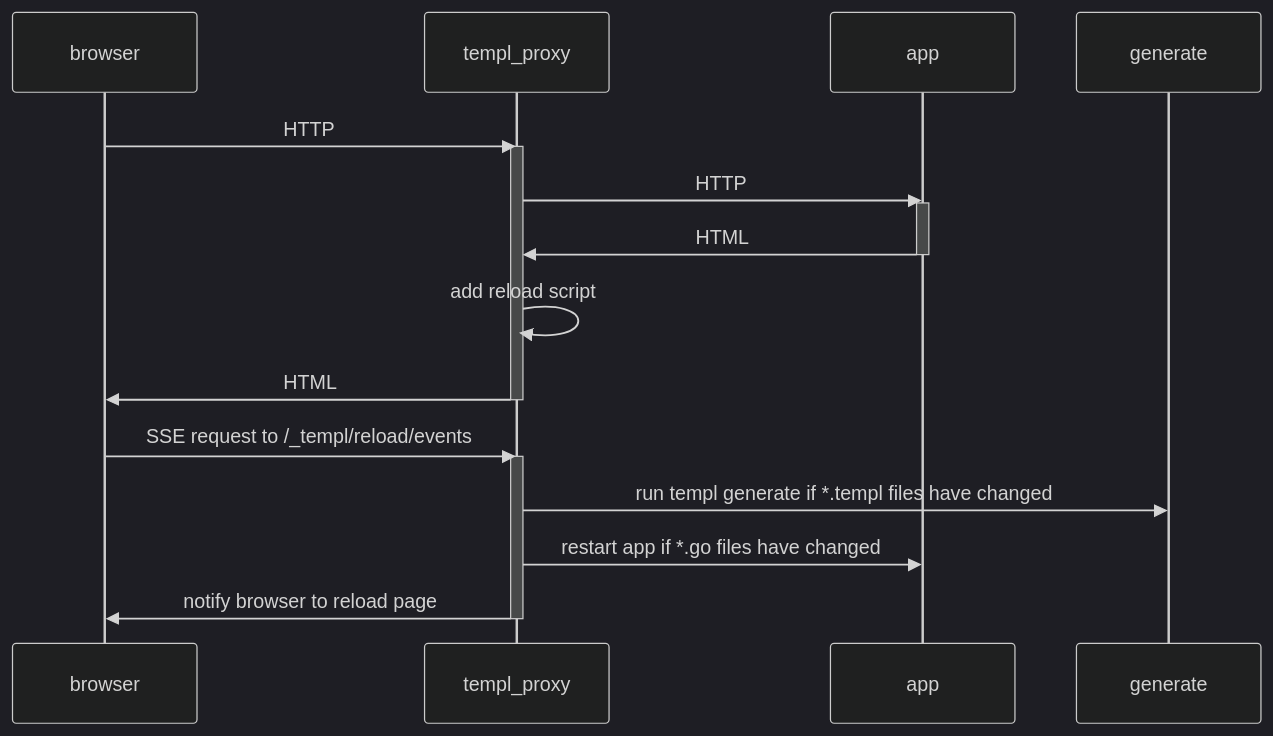
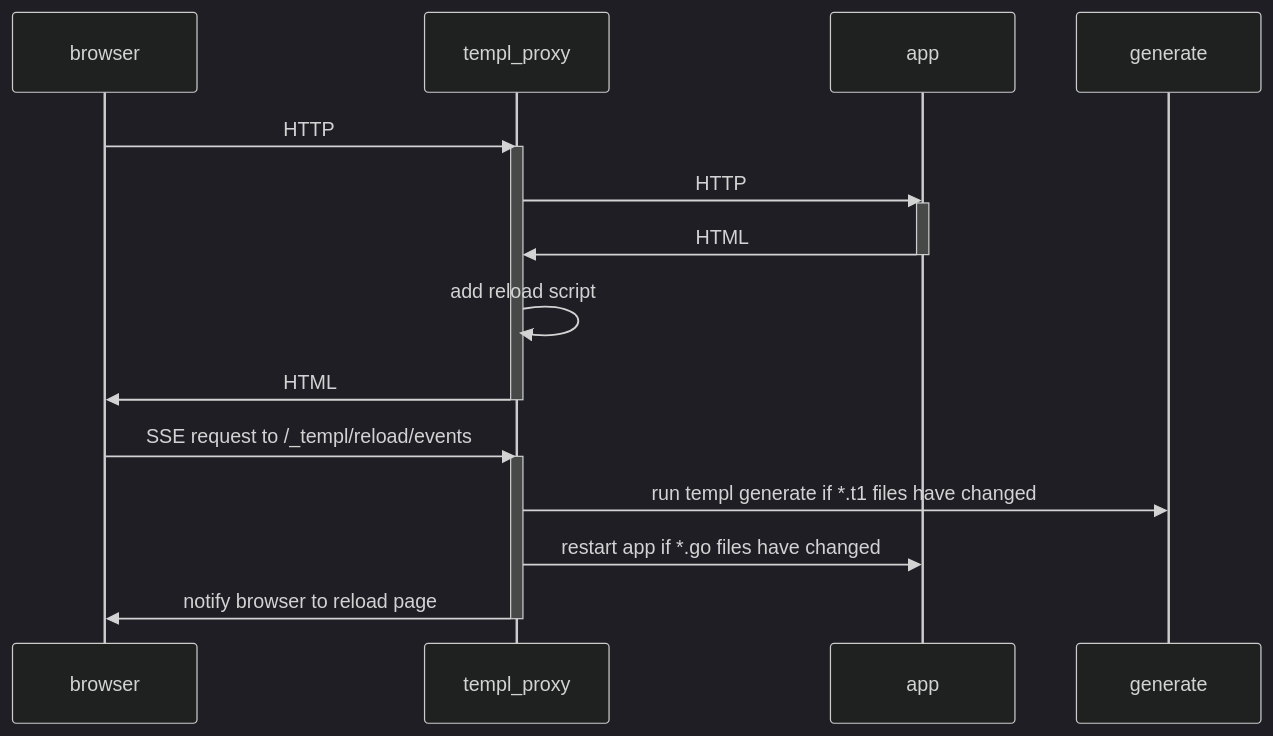
Before and after one commit to Senforsce/tndr: the diagram in docs/docs/09-developer-tools/03-live-reload.md, drawn with Mermaid (dark theme). The commit also changed other lines of this file and 568 other files, not shown here.

````diff
--- a/docs/docs/09-developer-tools/03-live-reload.md
+++ b/docs/docs/09-developer-tools/03-live-reload.md
@@ -107,18 +107,18 @@
 ```mermaid
 sequenceDiagram
     browser->>templ_proxy: HTTP
     activate templ_proxy
     templ_proxy->>app: HTTP
     activate app
     app->>templ_proxy: HTML
     deactivate app
     templ_proxy->>templ_proxy: add reload script
     templ_proxy->>browser: HTML
     deactivate templ_proxy
     browser->>templ_proxy: SSE request to /_templ/reload/events
     activate templ_proxy
-    templ_proxy->>generate: run templ generate if *.templ files have changed
+    templ_proxy->>generate: run templ generate if *.t1 files have changed
     templ_proxy->>app: restart app if *.go files have changed
     templ_proxy->>browser: notify browser to reload page
     deactivate templ_proxy
 ```
````
